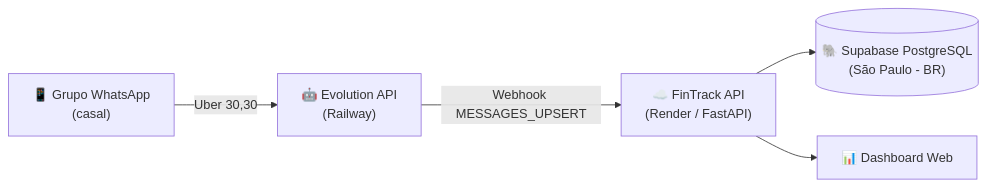
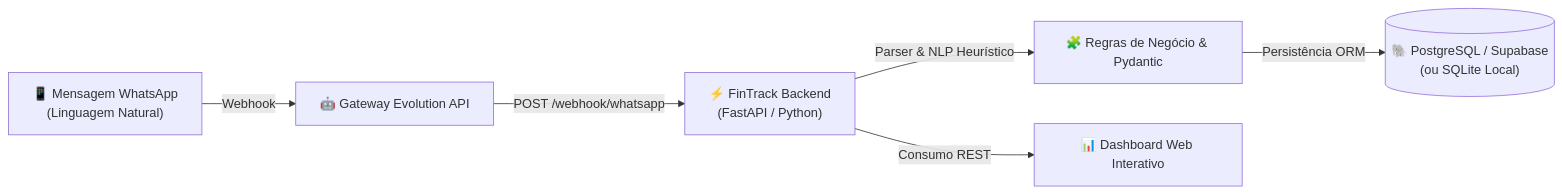
One commit to GodoyDevv/financas changed the diagram in README.md. Above: the diagram before and after it, drawn with Mermaid. The commit also changed other lines of this file, not shown here.

Commit message:
docs: reformulacao profissional do README com foco em valor de negocio, arquitetura FastAPI e integracoes

````diff
--- a/README.md
+++ b/README.md
@@ -40,7 +23,8 @@
 ```mermaid
 flowchart LR
-    A["📱 Grupo WhatsApp<br/>(casal)"] -->|"Uber 30,30"| B["🤖 Evolution API<br/>(Railway)"]
-    B -->|"Webhook MESSAGES_UPSERT"| C["☁️ FinTrack API<br/>(Render / FastAPI)"]
-    C --> D[("🐘 Supabase PostgreSQL<br/>(São Paulo - BR)")]
-    C --> E["📊 Dashboard Web"]
+    A["📱 Mensagem WhatsApp<br/>(Linguagem Natural)"] -->|"Webhook"| B["🤖 Gateway Evolution API"]
+    B -->|"POST /webhook/whatsapp"| C["⚡ FinTrack Backend<br/>(FastAPI / Python)"]
+    C -->|"Parser & NLP Heurístico"| D["🧩 Regras de Negócio & Pydantic"]
+    D -->|"Persistência ORM"| E[("🐘 PostgreSQL / Supabase<br/>(ou SQLite Local)")]
+    C -->|"Consumo REST"| F["📊 Dashboard Web Interativo"]
 ```
````
